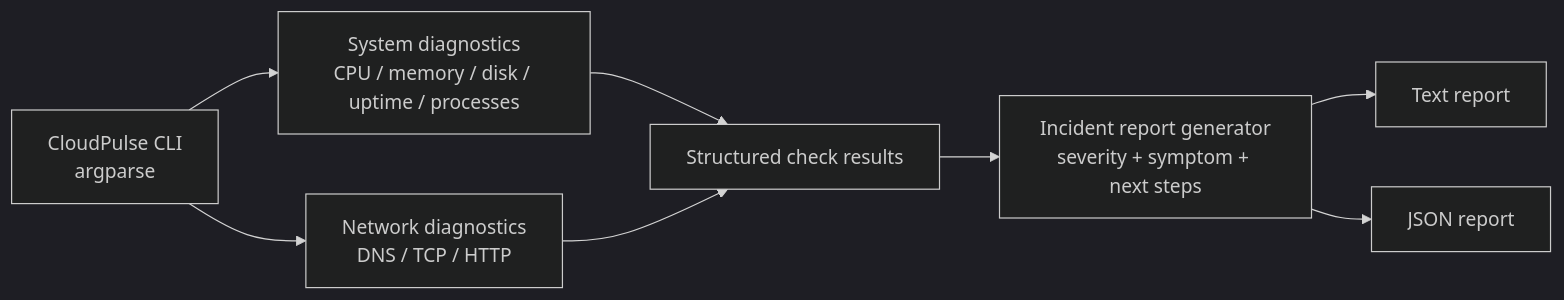
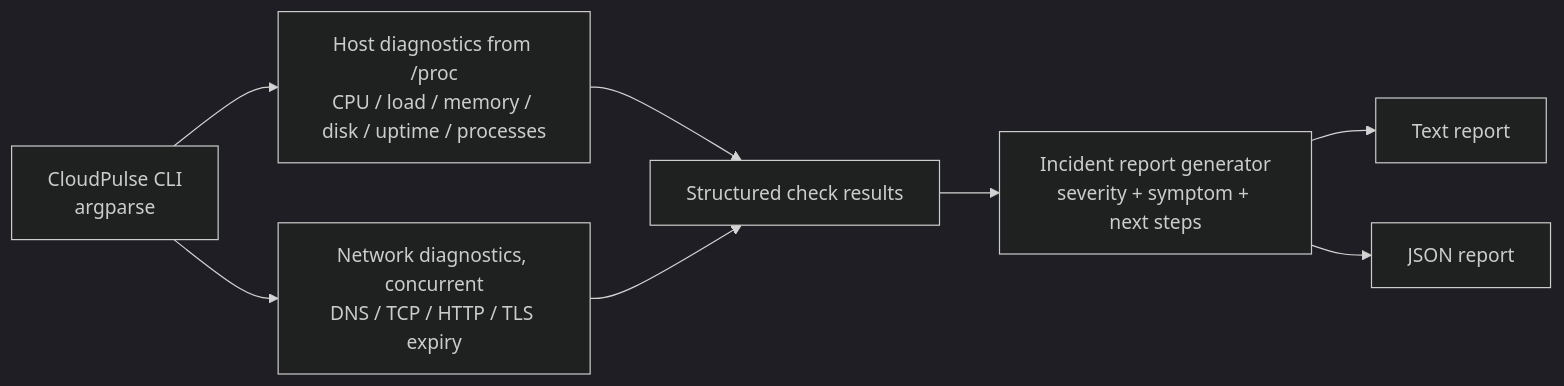
One commit to udayramageri09/cloud-pulse changed the first of 2 diagrams in docs/ARCHITECTURE.md. Above: the diagram before and after it, drawn with Mermaid (dark theme). The commit also changed other lines of this file and 2 other files, not shown here.

First line of the commit message:
docs: refresh README and architecture notes for the new checks

````diff
--- a/docs/ARCHITECTURE.md
+++ b/docs/ARCHITECTURE.md
@@ -5,10 +5,10 @@
 ```mermaid
 flowchart LR
-    CLI[CloudPulse CLI\nargparse] --> SYS[System diagnostics\nCPU / memory / disk / uptime / processes]
-    CLI --> NET[Network diagnostics\nDNS / TCP / HTTP]
+    CLI[CloudPulse CLI\nargparse] --> SYS[Host diagnostics from /proc\nCPU / load / memory / disk / uptime / processes]
+    CLI --> NET[Network diagnostics, concurrent\nDNS / TCP / HTTP / TLS expiry]
     SYS --> RES[Structured check results]
     NET --> RES
     RES --> REPORT[Incident report generator\nseverity + symptom + next steps]
     REPORT --> TEXT[Text report]
     REPORT --> JSON[JSON report]
 ```
````
